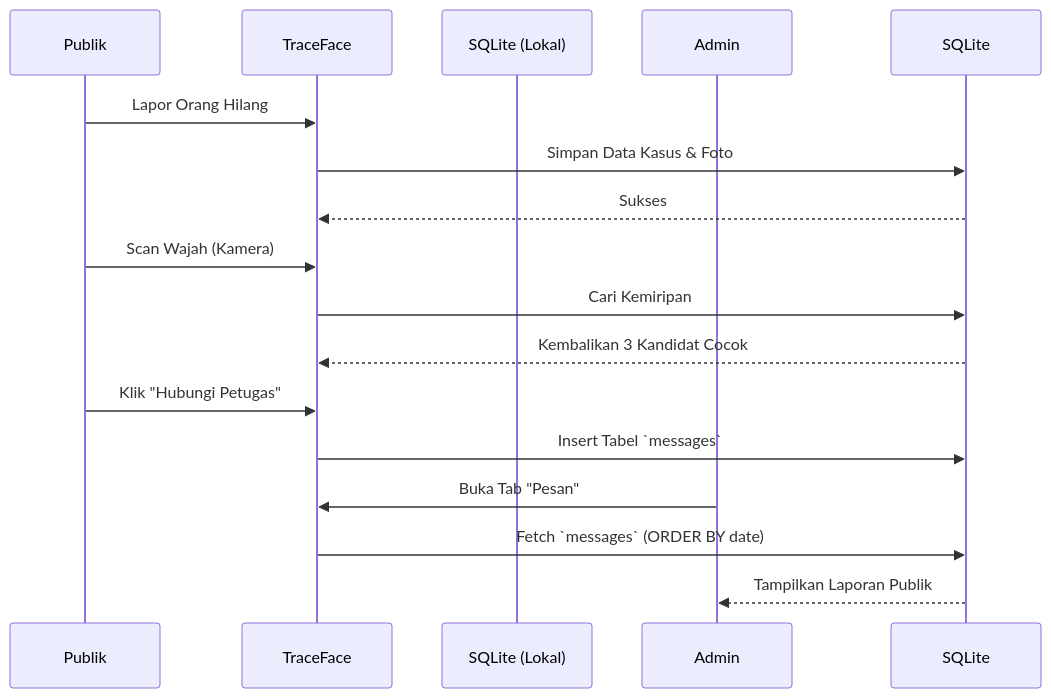
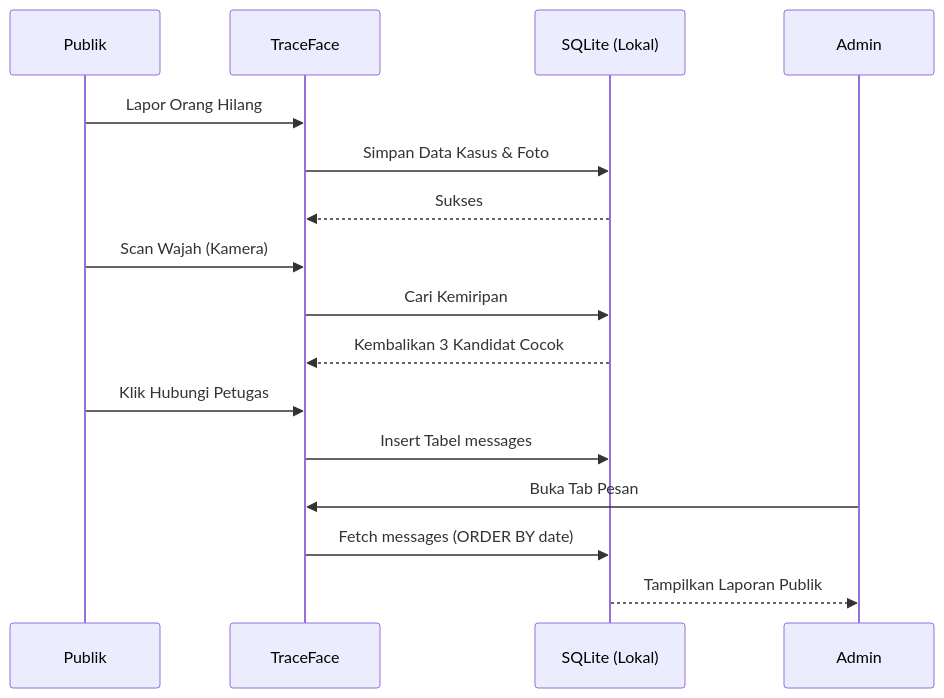
The second of 2 diagrams in README.md (alfaragatak87/traceface), drawn with Mermaid before and after one commit. The commit also changed other lines of this file, not shown here.

Commit message:
Fix Mermaid diagram syntax in README

````diff
--- a/README.md
+++ b/README.md
@@ -77,22 +77,22 @@
 ```mermaid
 sequenceDiagram
     participant Publik
     participant TraceFace
-    participant SQLite (Lokal)
+    participant SQLite as SQLite (Lokal)
     participant Admin
     
     Publik->>TraceFace: Lapor Orang Hilang
     TraceFace->>SQLite: Simpan Data Kasus & Foto
     SQLite-->>TraceFace: Sukses
     
     Publik->>TraceFace: Scan Wajah (Kamera)
     TraceFace->>SQLite: Cari Kemiripan
     SQLite-->>TraceFace: Kembalikan 3 Kandidat Cocok
     
-    Publik->>TraceFace: Klik "Hubungi Petugas"
-    TraceFace->>SQLite: Insert Tabel `messages`
+    Publik->>TraceFace: Klik Hubungi Petugas
+    TraceFace->>SQLite: Insert Tabel messages
     
-    Admin->>TraceFace: Buka Tab "Pesan"
-    TraceFace->>SQLite: Fetch `messages` (ORDER BY date)
+    Admin->>TraceFace: Buka Tab Pesan
+    TraceFace->>SQLite: Fetch messages (ORDER BY date)
     SQLite-->>Admin: Tampilkan Laporan Publik
 ```
````
